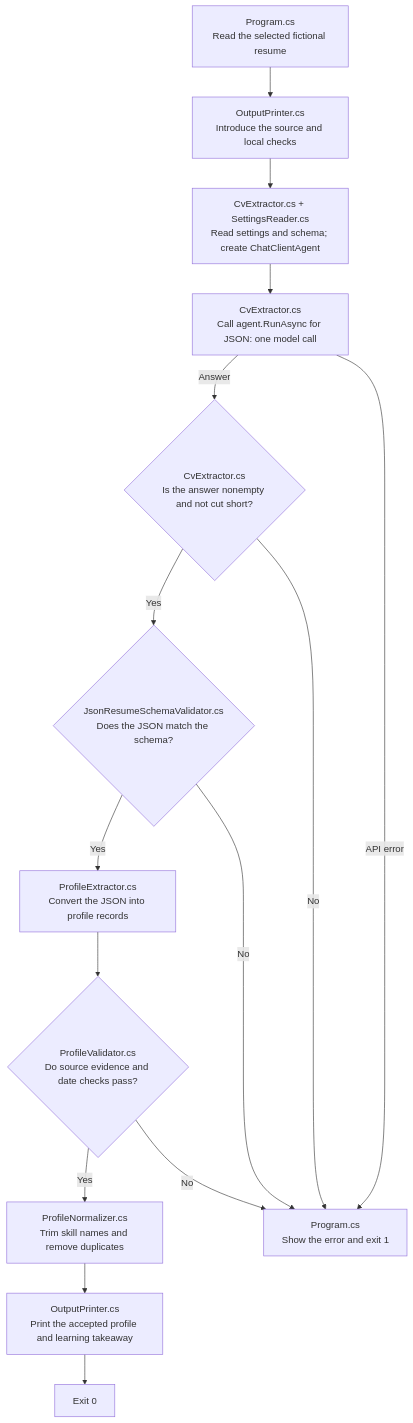
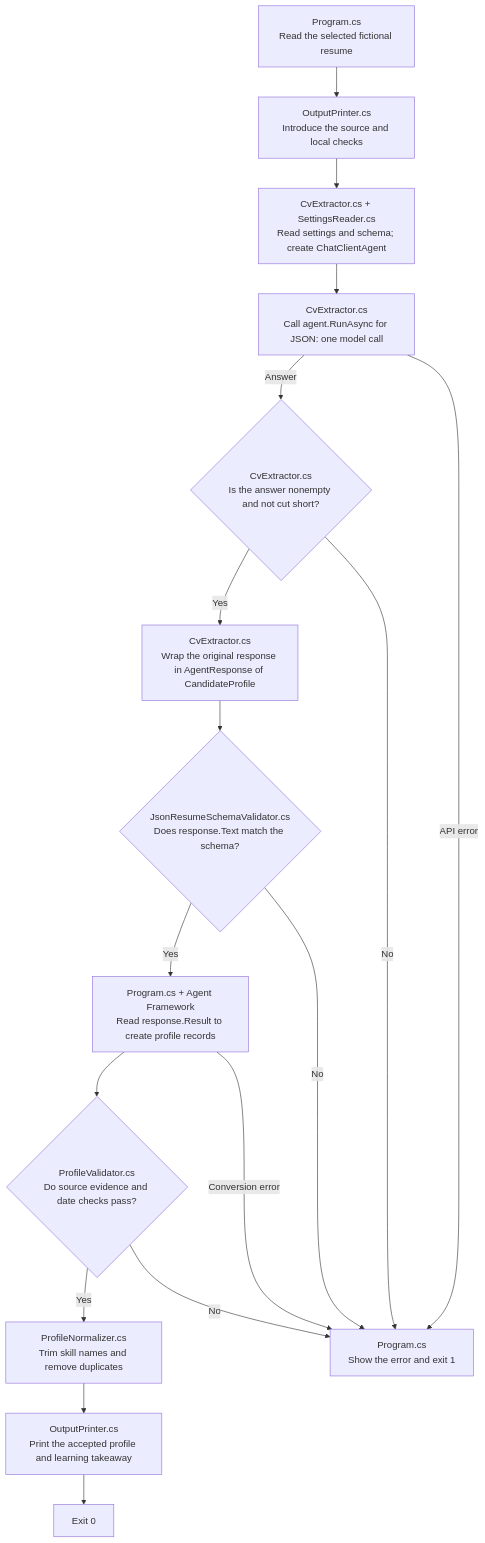
One commit to KhosroPakmanesh/ai-engineering-training changed the diagram in 02-structured-output/structured-output/README.md. Above: the diagram before and after it, drawn with Mermaid. The commit also changed other lines of this file and 15 other files, not shown here.

````diff
--- a/02-structured-output/structured-output/README.md
+++ b/02-structured-output/structured-output/README.md
@@ -21,17 +21,19 @@
 ```mermaid
 flowchart TD
     A["Program.cs<br/>Read the selected fictional resume"] --> O["OutputPrinter.cs<br/>Introduce the source and local checks"]
     O --> B["CvExtractor.cs + SettingsReader.cs<br/>Read settings and schema; create ChatClientAgent"]
     B --> C["CvExtractor.cs<br/>Call agent.RunAsync for JSON: one model call"]
     C -->|Answer| D{"CvExtractor.cs<br/>Is the answer nonempty and not cut short?"}
-    D -->|Yes| E{"JsonResumeSchemaValidator.cs<br/>Does the JSON match the schema?"}
-    E -->|Yes| P["ProfileExtractor.cs<br/>Convert the JSON into profile records"]
+    D -->|Yes| R["CvExtractor.cs<br/>Wrap the original response in AgentResponse of CandidateProfile"]
+    R --> E{"JsonResumeSchemaValidator.cs<br/>Does response.Text match the schema?"}
+    E -->|Yes| P["Program.cs + Agent Framework<br/>Read response.Result to create profile records"]
     P --> V{"ProfileValidator.cs<br/>Do source evidence and date checks pass?"}
     V -->|Yes| F["ProfileNormalizer.cs<br/>Trim skill names and remove duplicates"]
     F --> G["OutputPrinter.cs<br/>Print the accepted profile and learning takeaway"]
     G --> H["Exit 0"]
     E -->|No| I["Program.cs<br/>Show the error and exit 1"]
     V -->|No| I
     C -->|API error| I
     D -->|No| I
+    P -->|Conversion error| I
 ```
````
